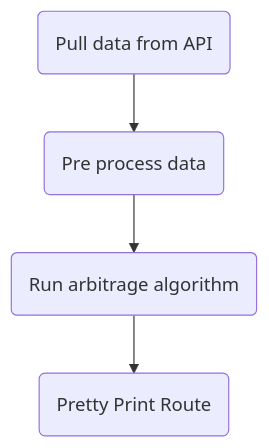
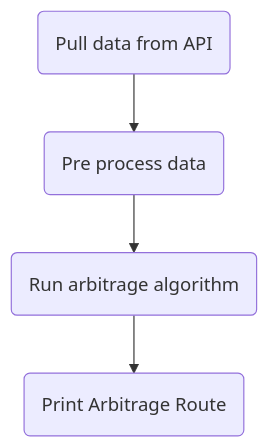
Before and after one commit to JoelEarps/rust-trading-arbitrage: the diagram in docs/arbitrage-loop-algorithm-explained.md, drawn with Mermaid.

````diff
--- a/docs/arbitrage-loop-algorithm-explained.md
+++ b/docs/arbitrage-loop-algorithm-explained.md
@@ -21,6 +21,6 @@
 ```mermaid
 flowchart TD
     id1(Pull data from API)--> id2(Pre process data)
     id2 --> id3(Run arbitrage algorithm)
-    id3 --> id4(Pretty Print Route)
+    id3 --> id4(Print Arbitrage Route)
 ```
````
